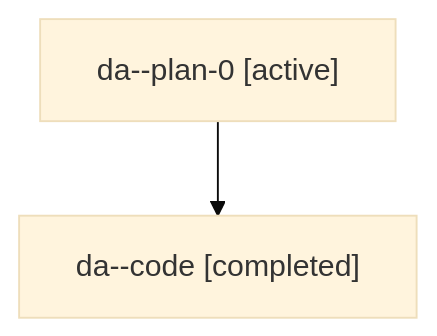
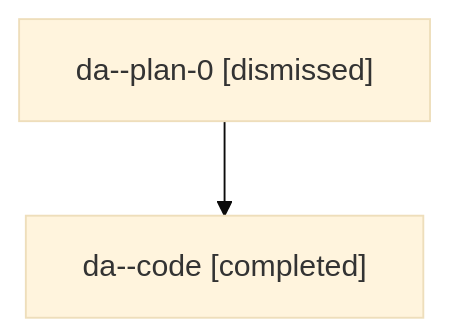
One commit to sase-org/sase--agents changed the diagram in sessions/bbugyi200.athena.da.md. Above: the diagram before and after it, drawn with Mermaid (base theme). The commit also changed other lines of this file and 69 other files, not shown here.

````diff
--- a/sessions/bbugyi200.athena.da.md
+++ b/sessions/bbugyi200.athena.da.md
@@ -9,6 +9,6 @@
 ```mermaid
 flowchart TD
-  n0["da--plan-0 [active]"]
+  n0["da--plan-0 [dismissed]"]
   n1["da--code [completed]"]
   n0 --> n1
 ```
````
